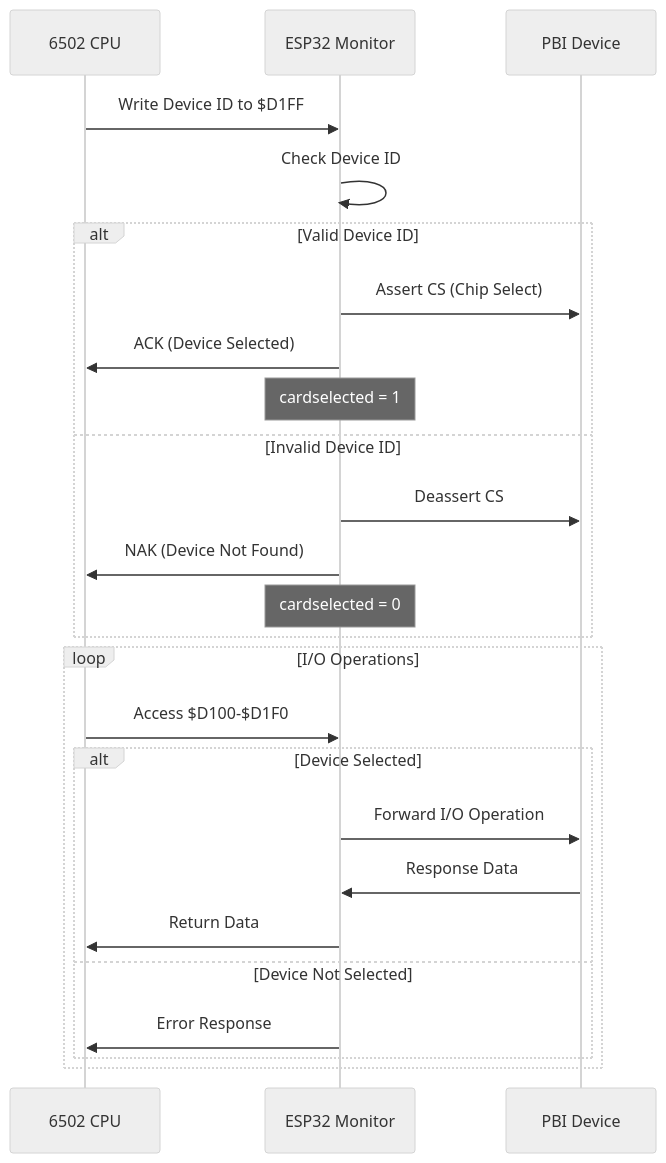
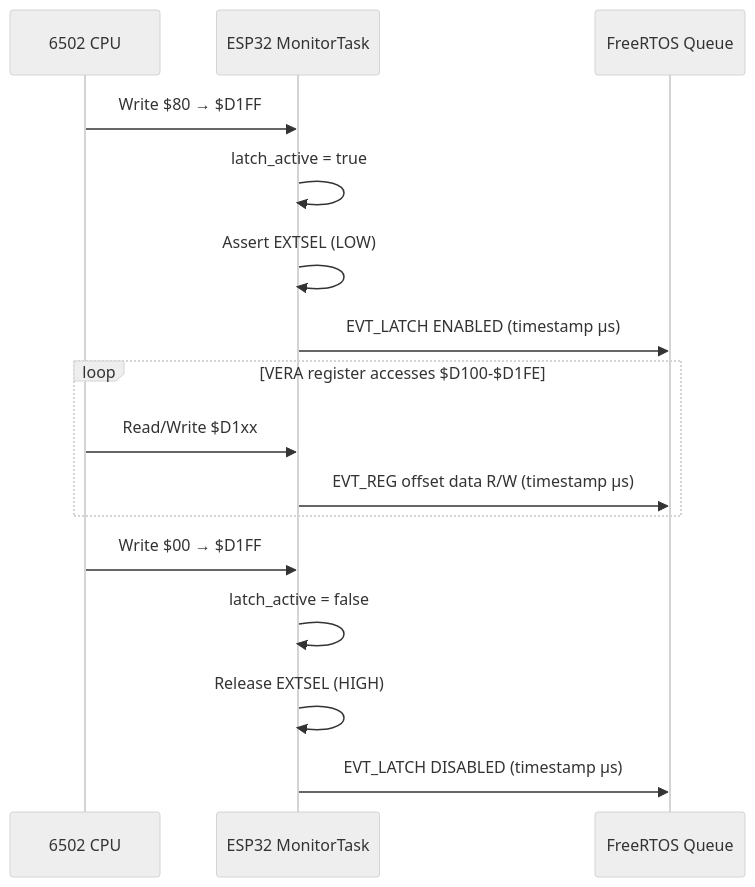
Before and after one commit to gianlucarenzi/ESP32-BOBOARD-5V: the third of 4 diagrams in README_EN.md, drawn with Mermaid (neutral theme). The commit also changed other lines of this file and 2 other files, not shown here.

First line of the commit message:
feat: add FreeRTOS log queue with microsecond timestamps

````diff
--- a/README_EN.md
+++ b/README_EN.md
@@ -362,29 +372,21 @@
 ```mermaid
 sequenceDiagram
     participant CPU as 6502 CPU
-    participant ESP as ESP32 Monitor
-    participant DEV as PBI Device
-    
-    CPU->>ESP: Write Device ID to $D1FF
-    ESP->>ESP: Check Device ID
-    alt Valid Device ID
-        ESP->>DEV: Assert CS (Chip Select)
-        ESP->>CPU: ACK (Device Selected)
-        Note over ESP: cardselected = 1
-    else Invalid Device ID
-        ESP->>DEV: Deassert CS
-        ESP->>CPU: NAK (Device Not Found)
-        Note over ESP: cardselected = 0
+    participant ESP as ESP32 MonitorTask
+    participant Q  as FreeRTOS Queue
+
+    CPU->>ESP: Write $80 → $D1FF
+    ESP->>ESP: latch_active = true
+    ESP->>ESP: Assert EXTSEL (LOW)
+    ESP->>Q: EVT_LATCH ENABLED (timestamp µs)
+
+    loop VERA register accesses $D100-$D1FE
+        CPU->>ESP: Read/Write $D1xx
+        ESP->>Q: EVT_REG offset data R/W (timestamp µs)
     end
-    
-    loop I/O Operations
-        CPU->>ESP: Access $D100-$D1F0
-        alt Device Selected
-            ESP->>DEV: Forward I/O Operation
-            DEV->>ESP: Response Data
-            ESP->>CPU: Return Data
-        else Device Not Selected
-            ESP->>CPU: Error Response
-        end
-    end
+
+    CPU->>ESP: Write $00 → $D1FF
+    ESP->>ESP: latch_active = false
+    ESP->>ESP: Release EXTSEL (HIGH)
+    ESP->>Q: EVT_LATCH DISABLED (timestamp µs)
 ```
````
